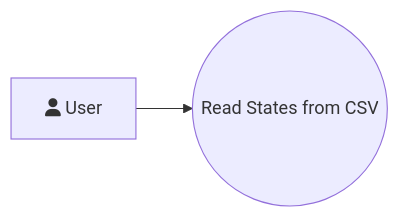
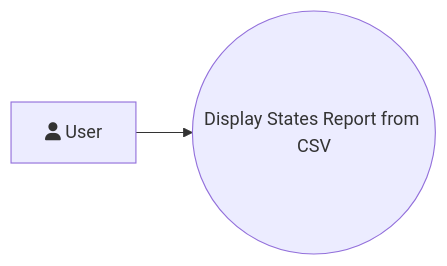
The diagram in StatesCSVReader/states-csv-reader-use-case.uml.mermaid (RenatoGarciaLopes/JavaIradoNoTxt), drawn with Mermaid before and after one commit. The commit also changed 13 other files, not shown here.

Commit message:
refactor: update UML diagrams and method signatures for ClientRegistration and ClientReport to enhance clarity and consistency

```diff
--- a/StatesCSVReader/states-csv-reader-use-case.uml.mermaid
+++ b/StatesCSVReader/states-csv-reader-use-case.uml.mermaid
@@ -1,5 +1,5 @@
 flowchart LR
     A[fa:fa-user User]
-    B((Read States from CSV))
+    B((Display States Report from CSV))
 
     A --> B
```
